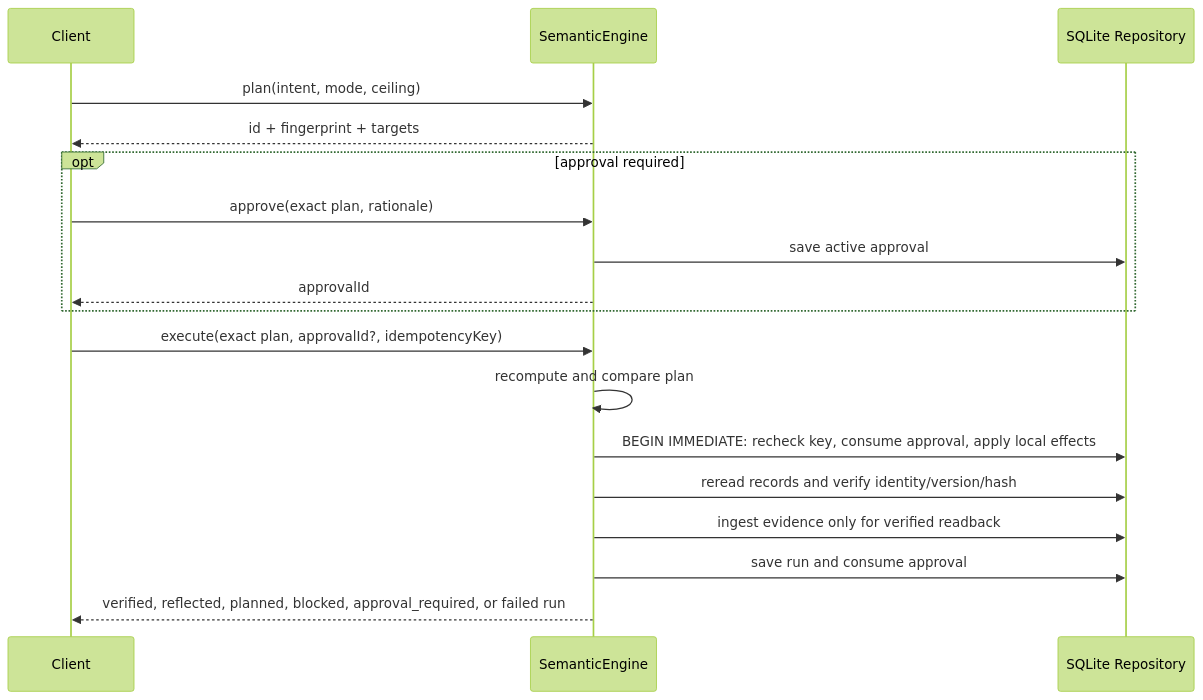
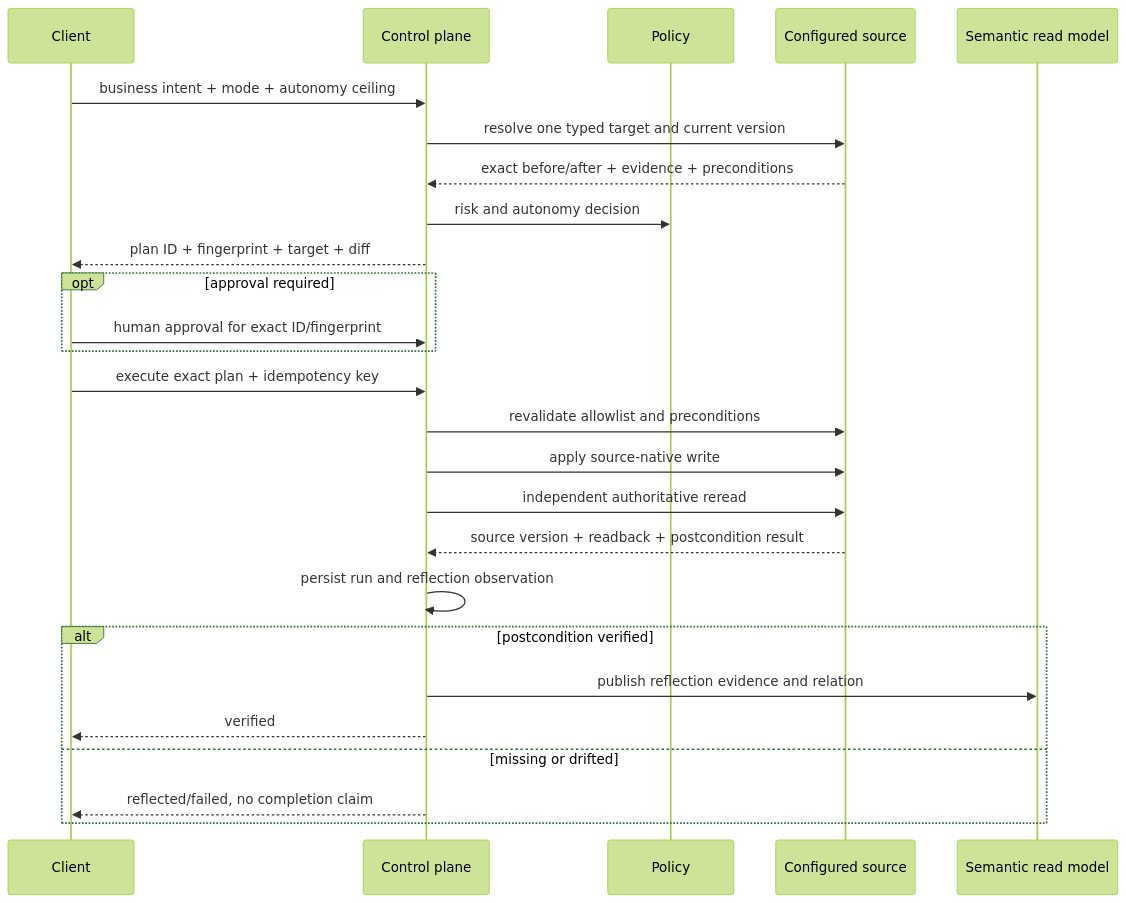
Before and after one commit to aantenore/semantic-junkyard: the third of 3 diagrams in docs/architecture.md, drawn with Mermaid (forest theme). The commit also changed other lines of this file and 72 other files, not shown here.

Commit message:
feat: deliver semantic federation and verified writeback

````diff
--- a/docs/architecture.md
+++ b/docs/architecture.md
@@ -144,20 +128,29 @@
 ```mermaid
 sequenceDiagram
-  participant C as Client
-  participant E as SemanticEngine
-  participant R as SQLite Repository
-  C->>E: plan(intent, mode, ceiling)
-  E-->>C: id + fingerprint + targets
+  participant Client
+  participant Plane as Control plane
+  participant Policy
+  participant Source as Configured source
+  participant ReadModel as Semantic read model
+
+  Client->>Plane: business intent + mode + autonomy ceiling
+  Plane->>Source: resolve one typed target and current version
+  Source-->>Plane: exact before/after + evidence + preconditions
+  Plane->>Policy: risk and autonomy decision
+  Plane-->>Client: plan ID + fingerprint + target + diff
   opt approval required
-    C->>E: approve(exact plan, rationale)
-    E->>R: save active approval
-    E-->>C: approvalId
+    Client->>Plane: human approval for exact ID/fingerprint
   end
-  C->>E: execute(exact plan, approvalId?, idempotencyKey)
-  E->>E: recompute and compare plan
-  E->>R: BEGIN IMMEDIATE: recheck key, consume approval, apply local effects
-  E->>R: reread records and verify identity/version/hash
-  E->>R: ingest evidence only for verified readback
-  E->>R: save run and consume approval
-  E-->>C: verified, reflected, planned, blocked, approval_required, or failed run
+  Client->>Plane: execute exact plan + idempotency key
+  Plane->>Source: revalidate allowlist and preconditions
+  Plane->>Source: apply source-native write
+  Plane->>Source: independent authoritative reread
+  Source-->>Plane: source version + readback + postcondition result
+  Plane->>Plane: persist run and reflection observation
+  alt postcondition verified
+    Plane->>ReadModel: publish reflection evidence and relation
+    Plane-->>Client: verified
+  else missing or drifted
+    Plane-->>Client: reflected/failed, no completion claim
+  end
 ```
````
